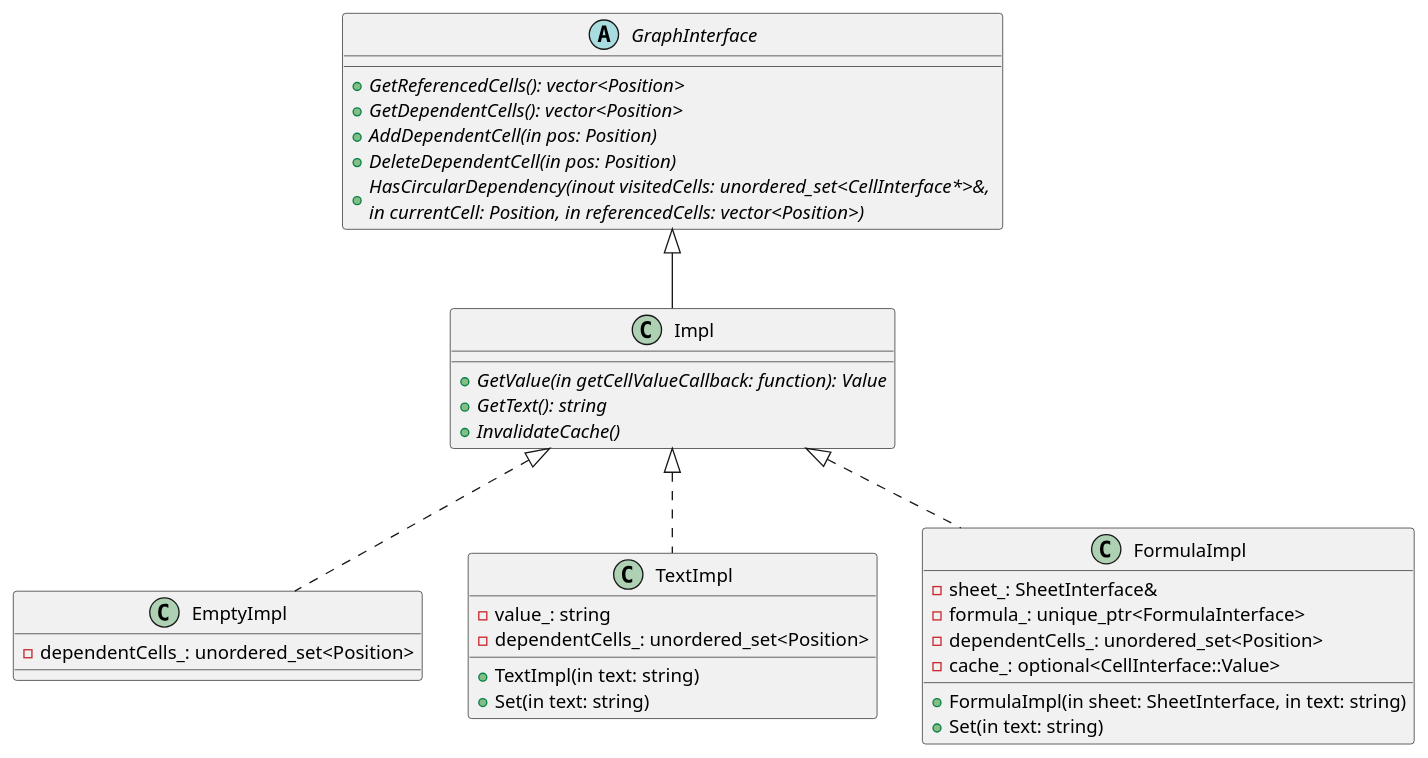
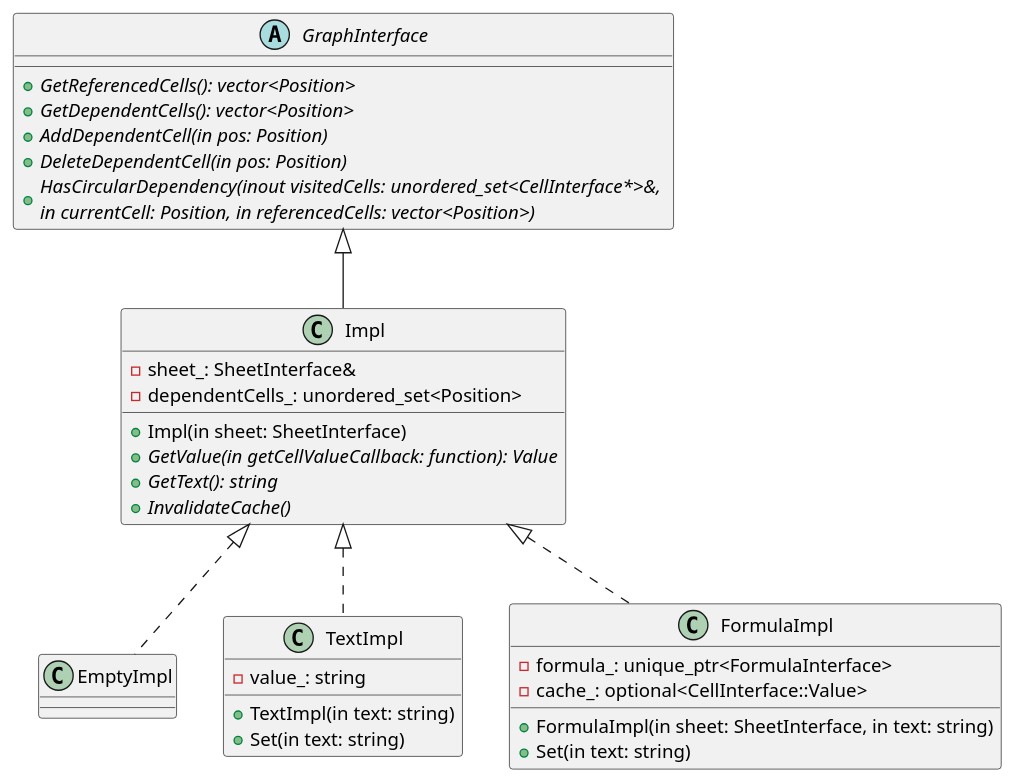
Before and after one commit to kazarynau/YandexPraktikumFinal: the diagram in uml/cellImpl.puml, drawn with PlantUML. The commit also changed 4 other files, not shown here.

Commit message:
Move dependentCells_ to Impl

```diff
--- a/uml/cellImpl.puml
+++ b/uml/cellImpl.puml
@@ -2,44 +2,44 @@
 @startuml
 
 abstract class GraphInterface {
     +{abstract} GetReferencedCells(): vector<Position>
     +{abstract} GetDependentCells(): vector<Position>
     +{abstract} AddDependentCell(in pos: Position)
     +{abstract} DeleteDependentCell(in pos: Position)
     +{abstract} HasCircularDependency(inout visitedCells: unordered_set<CellInterface*>&, \nin currentCell: Position, in referencedCells: vector<Position>)
 }
 
 abstract class Impl {
+    +Impl(in sheet: SheetInterface)
     +{abstract} GetValue(in getCellValueCallback: function): Value
     +{abstract} GetText(): string
     +{abstract} InvalidateCache()
+
+    -sheet_: SheetInterface&
+    -dependentCells_: unordered_set<Position>
 }
 
 class Impl extends GraphInterface
 
 class EmptyImpl {
-    -dependentCells_: unordered_set<Position>
 }
 
 class TextImpl {
     +TextImpl(in text: string)
     +Set(in text: string)
     -value_: string
-    -dependentCells_: unordered_set<Position>
 }
 
 class FormulaImpl {
     +FormulaImpl(in sheet: SheetInterface, in text: string)
     +Set(in text: string)
 
-    -sheet_: SheetInterface&
     -formula_: unique_ptr<FormulaInterface>
-    -dependentCells_: unordered_set<Position>
     -cache_: optional<CellInterface::Value>
 }
 
 class EmptyImpl implements Impl
 class TextImpl implements Impl
 class FormulaImpl implements Impl
 
 @enduml
```
